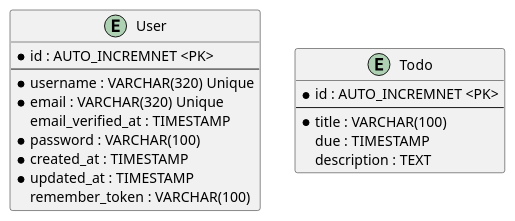
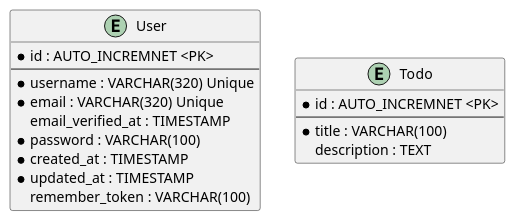
The diagram in erd.plantuml (codebaradev/Laravel-TodoApp), drawn with PlantUML before and after one commit. The commit also changed 10 other files, not shown here.

```diff
--- a/erd.plantuml
+++ b/erd.plantuml
@@ -1,23 +1,22 @@
 @startuml TodoApp
 
 entity User {
     * id : AUTO_INCREMNET <PK>
     ---
     * username : VARCHAR(320) Unique
     * email : VARCHAR(320) Unique
     email_verified_at : TIMESTAMP
     * password : VARCHAR(100)
     * created_at : TIMESTAMP
     * updated_at : TIMESTAMP
     remember_token : VARCHAR(100) 
 }
 
 entity Todo {
     * id : AUTO_INCREMNET <PK>
     ---
     * title : VARCHAR(100)
-    due : TIMESTAMP
     description : TEXT
 }
 
 @enduml
```
